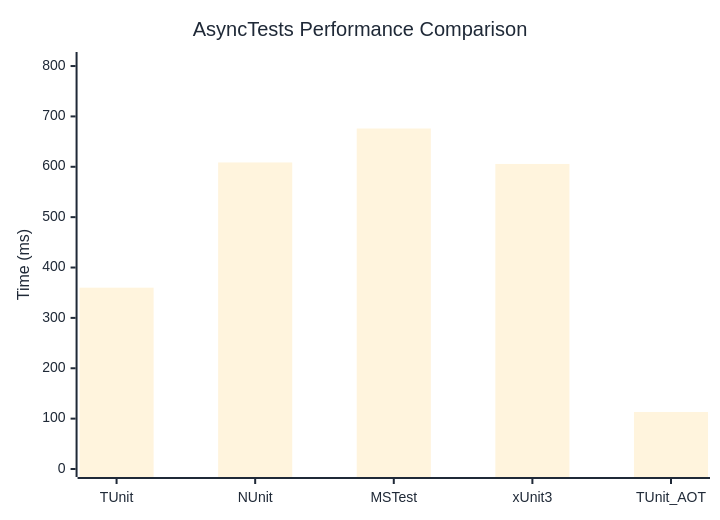
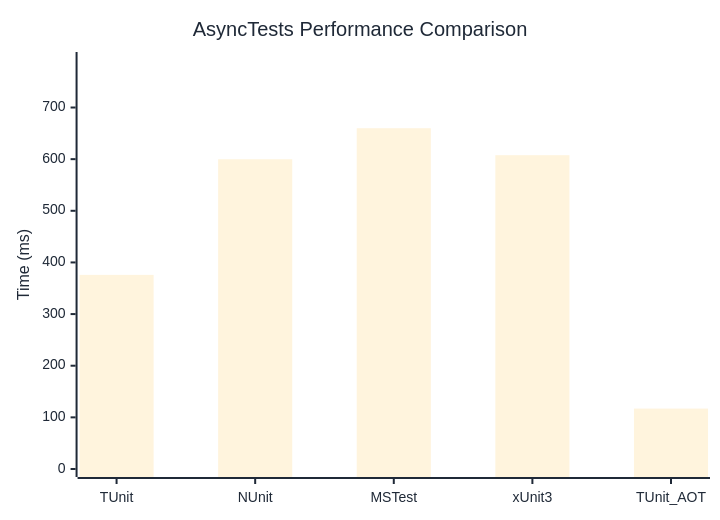
One commit to thomhurst/TUnit changed the diagram in docs/docs/benchmarks/engine/AsyncTests.md. Above: the diagram before and after it, drawn with Mermaid. The commit also changed other lines of this file and 18 other files, not shown here.

````diff
--- a/docs/docs/benchmarks/engine/AsyncTests.md
+++ b/docs/docs/benchmarks/engine/AsyncTests.md
@@ -29,37 +29,37 @@
 ```mermaid
 %%{init: {
   'theme':'base',
   'themeVariables': {
     'primaryColor': '#2563eb',
     'primaryTextColor': '#1f2937',
     'primaryBorderColor': '#1e40af',
     'lineColor': '#6b7280',
     'secondaryColor': '#7c3aed',
     'tertiaryColor': '#dc2626',
     'background': '#ffffff',
     'mainBkg': '#2563eb',
     'secondBkg': '#7c3aed',
     'tertiaryBkg': '#dc2626',
     'clusterBkg': '#f3f4f6',
     'edgeLabelBackground': '#ffffff',
     'tertiaryTextColor': '#1f2937',
     'pie1': '#2563eb',
     'pie2': '#7c3aed',
     'pie3': '#dc2626',
     'pie4': '#f59e0b',
     'pie5': '#10b981',
     'pie6': '#06b6d4',
     'pie7': '#ec4899',
     'pie8': '#6366f1',
     'pie9': '#84cc16',
     'pie10': '#f97316',
     'pie11': '#14b8a6',
     'pie12': '#a855f7'
   }
 }}%%
 xychart-beta
   title "AsyncTests Performance Comparison"
   x-axis ["TUnit", "NUnit", "MSTest", "xUnit3", "TUnit_AOT"]
-  y-axis "Time (ms)" 0 --> 812
-  bar [360, 608.6, 676, 605.6, 113.1]
+  y-axis "Time (ms)" 0 --> 792
+  bar [375.9, 599.8, 659.9, 607.7, 117]
 ```
````
